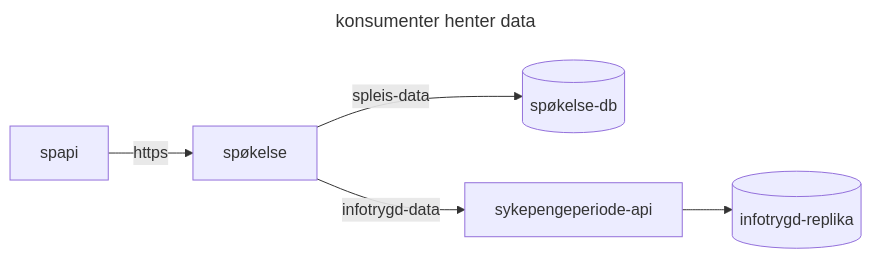
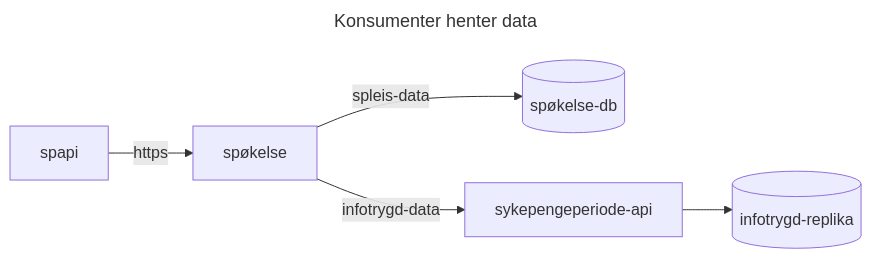
Before and after one commit to navikt/helse-spapi: the first of 4 diagrams in README.md, drawn with Mermaid. The commit also changed other lines of this file, not shown here.

Commit message:
Burde spesifisere _fo_-afp, siden det antagelig kommer til å komme andre afp'er.

````diff
--- a/README.md
+++ b/README.md
@@ -9,9 +9,9 @@
 ```mermaid
 ---
-title: konsumenter henter data
+title: Konsumenter henter data
 ---
 flowchart LR
     spapi -->|https| spøkelse
     spøkelse -->|spleis-data| kafka[(spøkelse-db)]
     spøkelse -->|infotrygd-data| sykepengeperiode-api --> infotrygd[(infotrygd-replika)]
 ```
````
